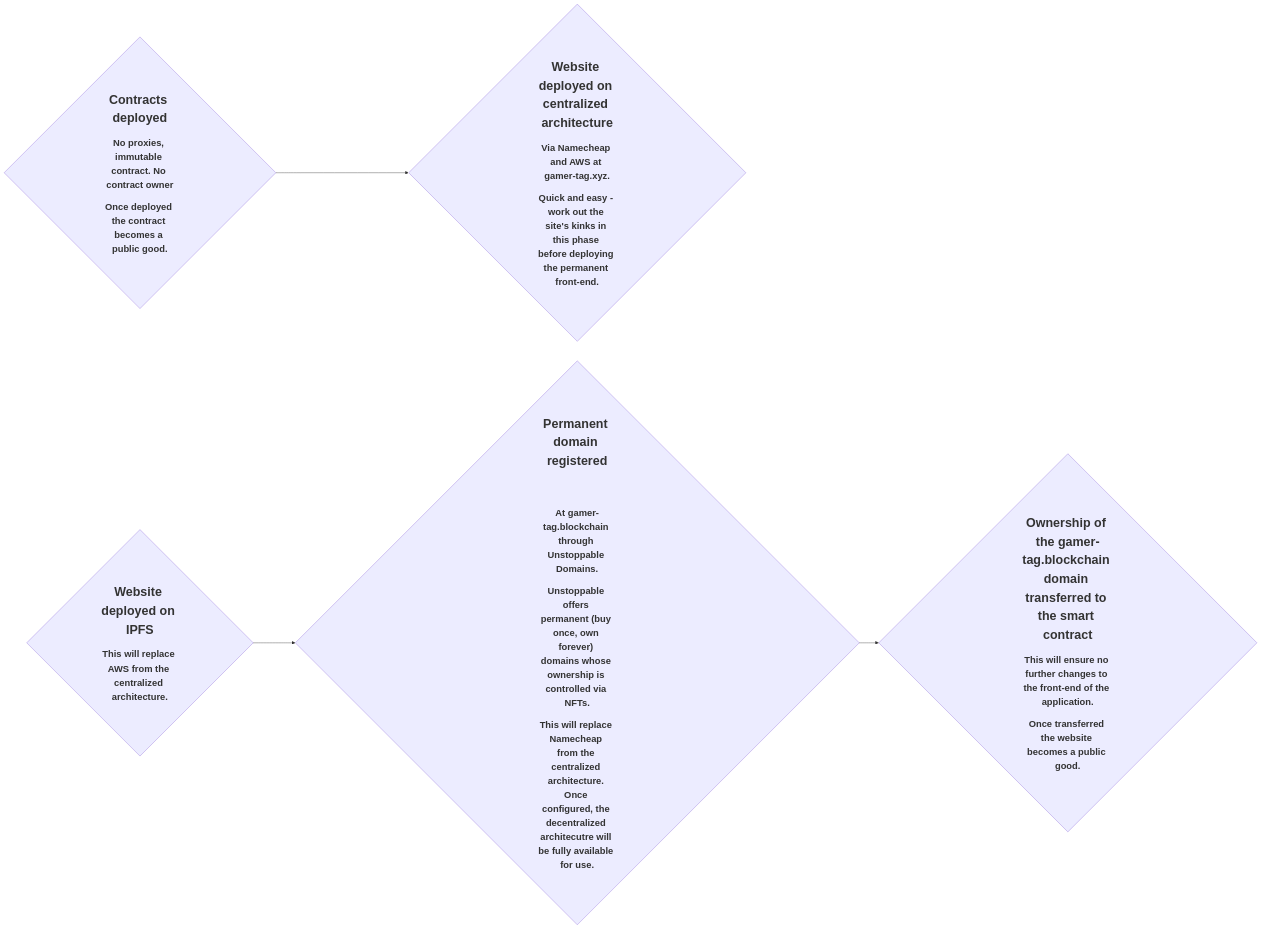
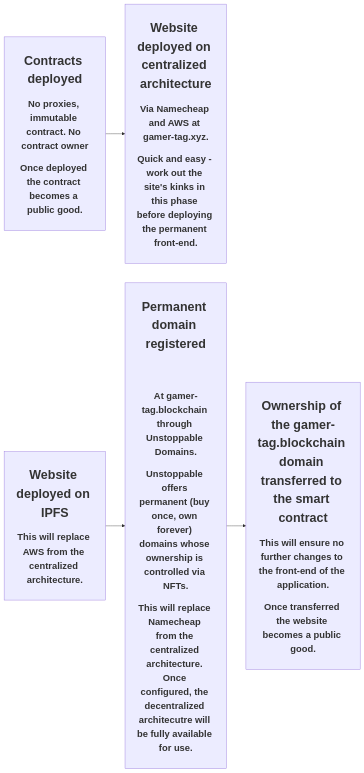
The diagram in README.md (TerryJHarrison/gamer-tag), drawn with Mermaid before and after one commit.

````diff
--- a/README.md
+++ b/README.md
@@ -9,12 +9,12 @@
 ```mermaid
 flowchart LR
-	A{"<h1>Contracts deployed</h1><h2>No proxies, immutable contract. No contract owner</h2><h2>Once deployed the contract becomes a public good.</h2>"}
-	B{"<h1>Website deployed on centralized architecture</h1><h2>Via Namecheap and AWS at gamer-tag.xyz.</h2><h2>Quick and easy - work out the site's kinks in this phase before deploying the permanent front-end.</h2>"}
-	C{"<h1>Website deployed on IPFS</h1><h2>This will replace AWS from the centralized architecture.</h2>"}
-	D{"<h1>Permanent domain registered<h1> <h2>At gamer-tag.blockchain through Unstoppable Domains.</h2><h2>Unstoppable offers permanent (buy once, own forever) domains whose ownership is controlled via NFTs.</h2><h2>This will replace Namecheap from the centralized architecture. Once configured, the decentralized architecutre will be fully available for use.</h2>"}
-	E{"<h1>Ownership of the gamer-tag.blockchain domain transferred to the smart contract</h1><h2>This will ensure no further changes to the front-end of the application.</h2><h2>Once transferred the website becomes a public good.</h2>"}
+	A["<h1>Contracts deployed</h1><h2>No proxies, immutable contract. No contract owner</h2><h2>Once deployed the contract becomes a public good.</h2>"]
+	B["<h1>Website deployed on centralized architecture</h1><h2>Via Namecheap and AWS at gamer-tag.xyz.</h2><h2>Quick and easy - work out the site's kinks in this phase before deploying the permanent front-end.</h2>"]
+	C["<h1>Website deployed on IPFS</h1><h2>This will replace AWS from the centralized architecture.</h2>"]
+	D["<h1>Permanent domain registered<h1> <h2>At gamer-tag.blockchain through Unstoppable Domains.</h2><h2>Unstoppable offers permanent (buy once, own forever) domains whose ownership is controlled via NFTs.</h2><h2>This will replace Namecheap from the centralized architecture. Once configured, the decentralized architecutre will be fully available for use.</h2>"]
+	E["<h1>Ownership of the gamer-tag.blockchain domain transferred to the smart contract</h1><h2>This will ensure no further changes to the front-end of the application.</h2><h2>Once transferred the website becomes a public good.</h2>"]
 	A --> B
 	C --> D --> E 
 	
 	style A text-size:22px;
 ```
````
